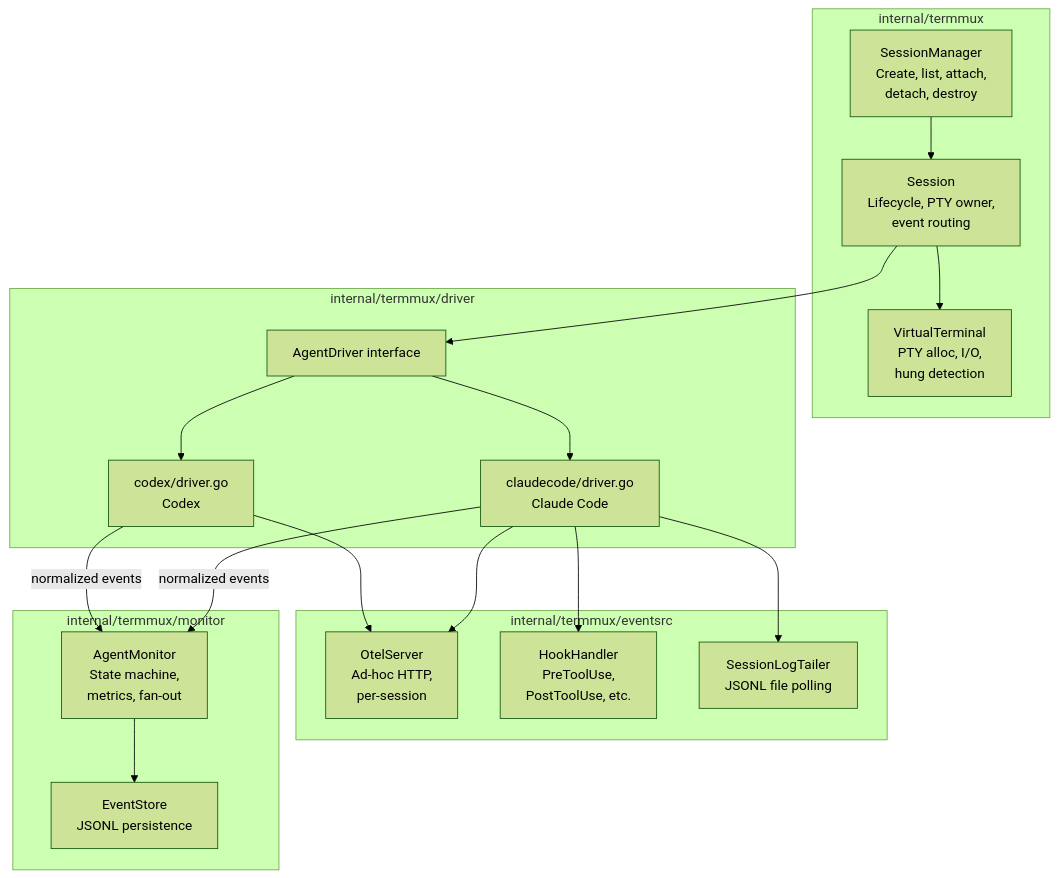
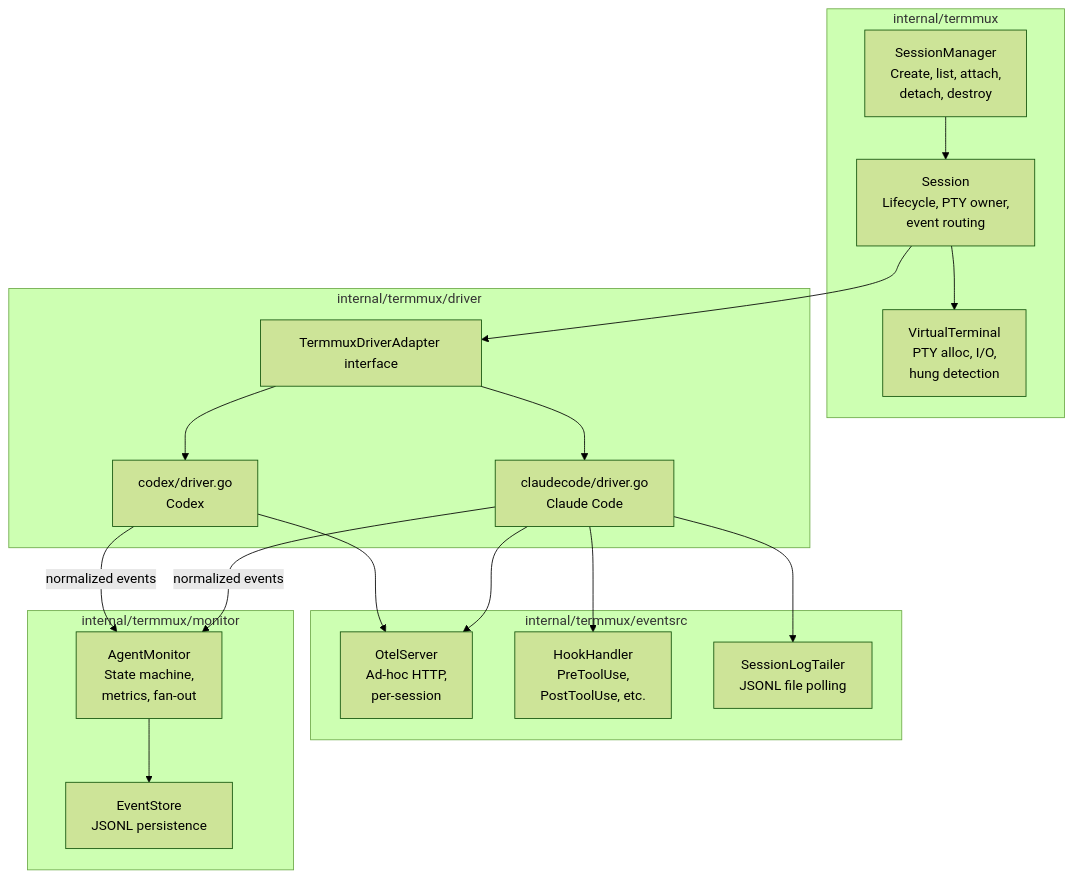
Before and after one commit to dcosson/flex-agent-runtime: the first of 3 diagrams in docs/plans/09-h2-termmux-port.md, drawn with Mermaid (forest theme). The commit also changed other lines of this file and 15 other files, not shown here.

````diff
--- a/docs/plans/09-h2-termmux-port.md
+++ b/docs/plans/09-h2-termmux-port.md
@@ -34,39 +34,39 @@
 ```mermaid
 graph TB
     subgraph "internal/termmux"
         SM[SessionManager<br/>Create, list, attach,<br/>detach, destroy]
         S[Session<br/>Lifecycle, PTY owner,<br/>event routing]
         VT[VirtualTerminal<br/>PTY alloc, I/O,<br/>hung detection]
         SM --> S
         S --> VT
     end
 
     subgraph "internal/termmux/driver"
-        HI[AgentDriver interface]
+        HI[TermmuxDriverAdapter interface]
         HC[claudecode/driver.go<br/>Claude Code]
         HX[codex/driver.go<br/>Codex]
         HI --> HC
         HI --> HX
     end
 
     subgraph "internal/termmux/eventsrc"
         OTEL[OtelServer<br/>Ad-hoc HTTP,<br/>per-session]
         HOOK[HookHandler<br/>PreToolUse,<br/>PostToolUse, etc.]
         TAIL[SessionLogTailer<br/>JSONL file polling]
     end
 
     subgraph "internal/termmux/monitor"
         MON[AgentMonitor<br/>State machine,<br/>metrics, fan-out]
         ES[EventStore<br/>JSONL persistence]
         MON --> ES
     end
 
     S --> HI
     HC --> OTEL
     HC --> HOOK
     HC --> TAIL
     HX --> OTEL
 
     HC -->|normalized events| MON
     HX -->|normalized events| MON
 ```
````
